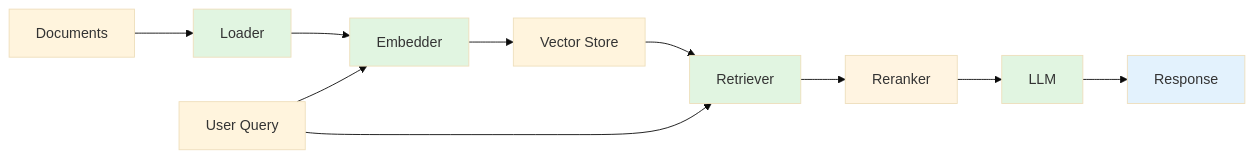
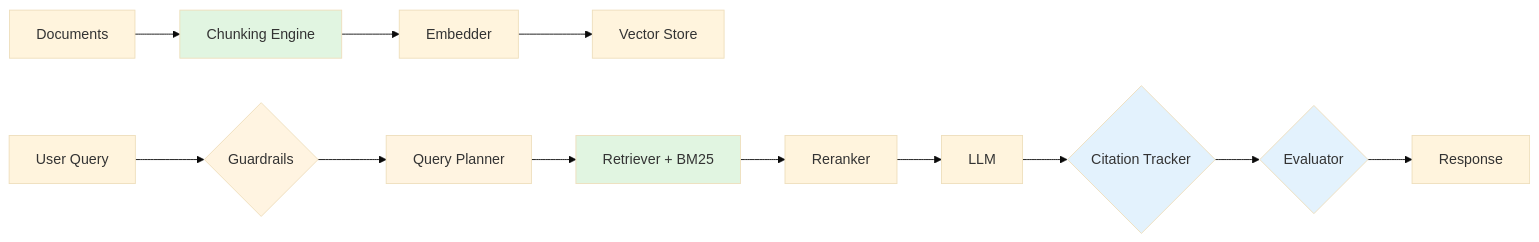
One commit to DevilsDev/rag-pipeline-utils changed the diagram in README.md. Above: the diagram before and after it, drawn with Mermaid (base theme). The commit also changed other lines of this file, not shown here.

````diff
--- a/README.md
+++ b/README.md
@@ -82,19 +67,22 @@
 ```mermaid
 graph LR
-    A[Documents] --> B[Loader]
+    A[Documents] --> B[Chunking Engine]
     B --> C[Embedder]
     C --> D[Vector Store]
-    D --> E[Retriever]
-    F[User Query] --> C
-    F --> E
-    E --> G[Reranker]
-    G --> H[LLM]
-    H --> I[Response]
+
+    F[User Query] --> G{Guardrails}
+    G --> H[Query Planner]
+    H --> E[Retriever + BM25]
+    E --> I[Reranker]
+    I --> J[LLM]
+    J --> K{Citation Tracker}
+    K --> L{Evaluator}
+    L --> M[Response]
 
     style B fill:#e1f5e1
-    style C fill:#e1f5e1
     style E fill:#e1f5e1
     style G fill:#fff4e1
-    style H fill:#e1f5e1
-    style I fill:#e3f2fd
+    style H fill:#fff4e1
+    style K fill:#e3f2fd
+    style L fill:#e3f2fd
 ```
````
